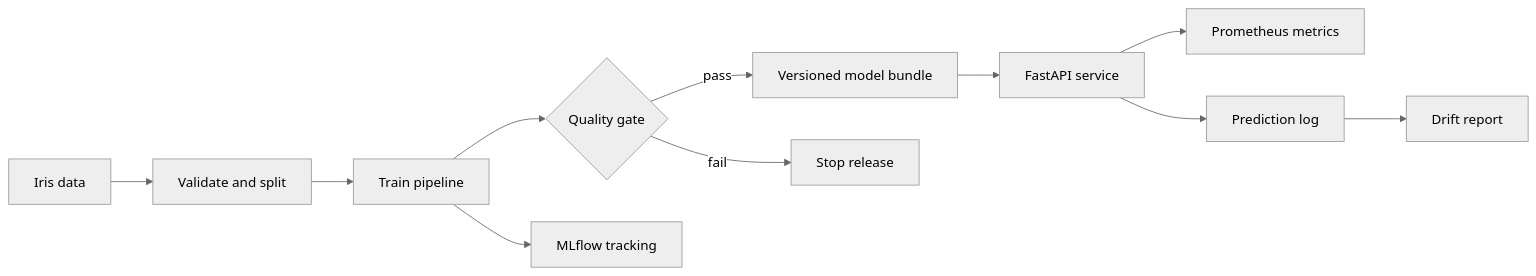
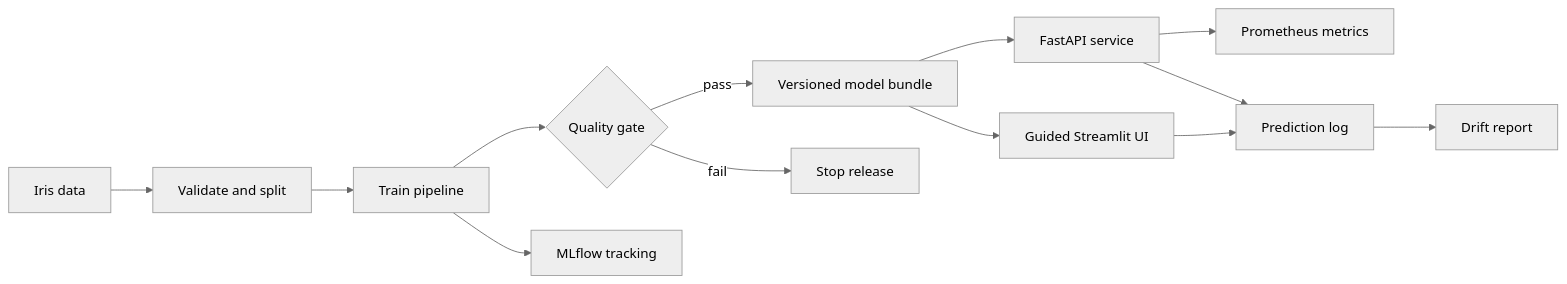
One commit to darren236/end-to-end-mlops changed the diagram in README.md. Above: the diagram before and after it, drawn with Mermaid (neutral theme). The commit also changed other lines of this file and 17 other files, not shown here.

````diff
--- a/README.md
+++ b/README.md
@@ -24,13 +25,15 @@
 ```mermaid
 flowchart LR
     A[Iris data] --> B[Validate and split]
     B --> C[Train pipeline]
     C --> D{Quality gate}
     C --> E[MLflow tracking]
     D -->|pass| F[Versioned model bundle]
     D -->|fail| G[Stop release]
     F --> H[FastAPI service]
+    F --> L[Guided Streamlit UI]
     H --> I[Prometheus metrics]
     H --> J[Prediction log]
+    L --> J
     J --> K[Drift report]
 ```
````
